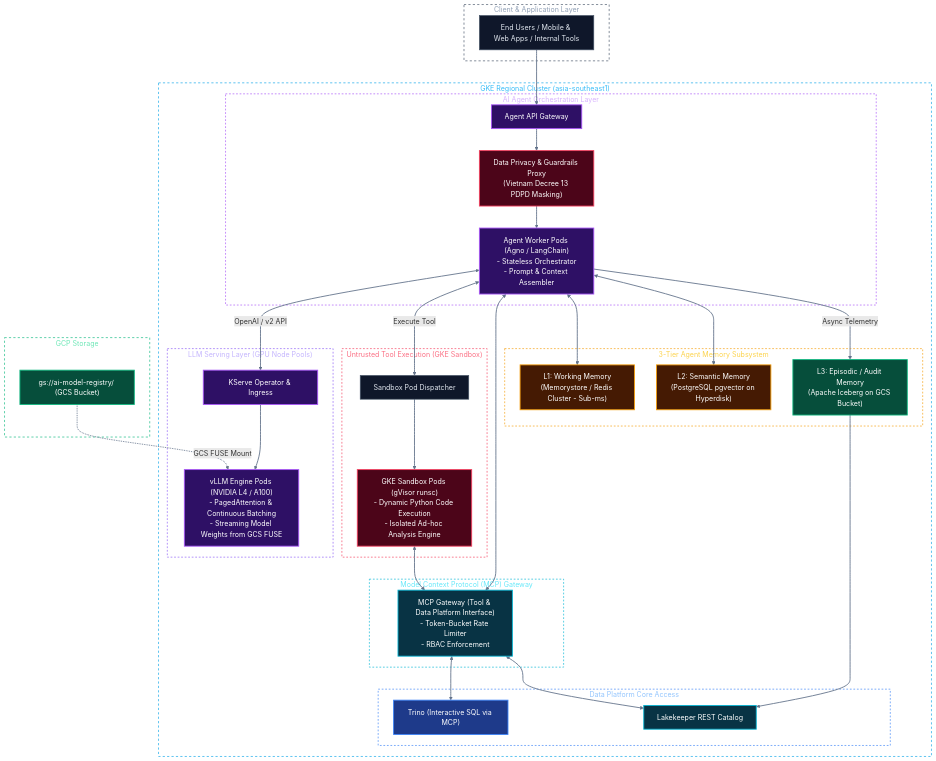
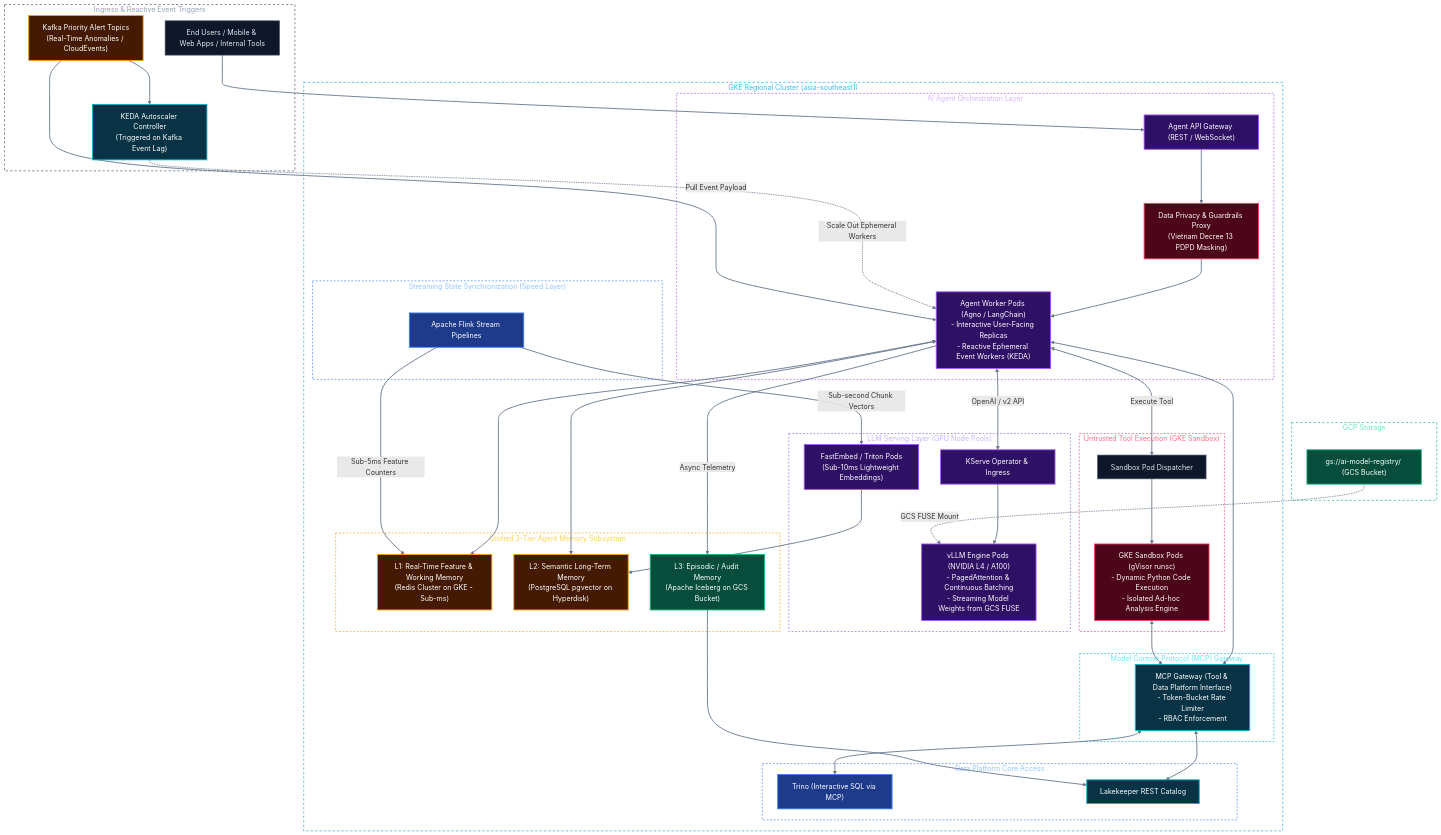
Before and after one commit to toanbui626391/data_platform_gcp: the first of 2 diagrams in docs/architectures/03_ai_agent_and_llm_runtime.md, drawn with Mermaid. The commit also changed other lines of this file and 6 other files, not shown here.

````diff
--- a/docs/architectures/03_ai_agent_and_llm_runtime.md
+++ b/docs/architectures/03_ai_agent_and_llm_runtime.md
@@ -10,21 +12,28 @@
 ```mermaid
 flowchart TB
-    subgraph ClientAndIngress["Client & Application Layer"]
+    subgraph IngressAndTriggers["Ingress & Reactive Event Triggers"]
         User["End Users / Mobile & Web Apps / Internal Tools"]:::gray
+        PriorityKafka["Kafka Priority Alert Topics\n(Real-Time Anomalies / CloudEvents)"]:::warning
+        KEDA["KEDA Autoscaler Controller\n(Triggered on Kafka Event Lag)"]:::cyan
+        
+        PriorityKafka --> KEDA
     end
 
     subgraph GKECluster["GKE Regional Cluster (asia-southeast1)"]
         subgraph AgentOrchestration["AI Agent Orchestration Layer"]
-            AgentGateway["Agent API Gateway"]:::purple
-            AgentWorkers["Agent Worker Pods (Agno / LangChain)\n- Stateless Orchestrator\n- Prompt & Context Assembler"]:::purple
+            AgentGateway["Agent API Gateway (REST / WebSocket)"]:::purple
+            AgentWorkers["Agent Worker Pods (Agno / LangChain)\n- Interactive User-Facing Replicas\n- Reactive Ephemeral Event Workers (KEDA)"]:::purple
             PrivacyProxy["Data Privacy & Guardrails Proxy\n(Vietnam Decree 13 PDPD Masking)"]:::danger
             
             User --> AgentGateway --> PrivacyProxy --> AgentWorkers
+            KEDA -.->|"Scale Out Ephemeral Workers"| AgentWorkers
+            PriorityKafka -->|"Pull Event Payload"| AgentWorkers
         end
 
         subgraph LLMServingGKE["LLM Serving Layer (GPU Node Pools)"]
             KServe["KServe Operator & Ingress"]:::purple
             vLLMPods["vLLM Engine Pods (NVIDIA L4 / A100)\n- PagedAttention & Continuous Batching\n- Streaming Model Weights from GCS FUSE"]:::purple
+            Embeddings["FastEmbed / Triton Pods\n(Sub-10ms Lightweight Embeddings)"]:::purple
             
             AgentWorkers <-->|"OpenAI / v2 API"| KServe --> vLLMPods
         end
@@ -43,14 +52,20 @@
             GKESandboxPods <--> MCP
         end
 
-        subgraph MemoryHierarchyGCP["3-Tier Agent Memory Subsystem"]
-            L1["L1: Working Memory\n(Memorystore / Redis Cluster - Sub-ms)"]:::warning
-            L2["L2: Semantic Memory\n(PostgreSQL pgvector on Hyperdisk)"]:::warning
+        subgraph MemoryHierarchyGCP["Unified 3-Tier Agent Memory Subsystem"]
+            L1["L1: Real-Time Feature & Working Memory\n(Redis Cluster on GKE - Sub-ms)"]:::warning
+            L2["L2: Semantic Long-Term Memory\n(PostgreSQL pgvector on Hyperdisk)"]:::warning
             L3["L3: Episodic / Audit Memory\n(Apache Iceberg on GCS Bucket)"]:::success
             
             AgentWorkers <--> L1
             AgentWorkers <--> L2
             AgentWorkers -->|"Async Telemetry"| L3
+        end
+
+        subgraph StreamSyncFabric["Streaming State Synchronization (Speed Layer)"]
+            Flink["Apache Flink Stream Pipelines"]:::primary
+            Flink -->|"Sub-5ms Feature Counters"| L1
+            Flink -->|"Sub-second Chunk Vectors"| Embeddings --> L2
         end
 
         subgraph LakehouseAccess["Data Platform Core Access"]
@@ -69,13 +84,14 @@
     end
 
     %% Subgraph Styling (Transparent & Dual-Mode Friendly)
-    style ClientAndIngress fill:none,stroke:#475569,stroke-width:1.5px,stroke-dasharray: 5 5,color:#94a3b8
+    style IngressAndTriggers fill:none,stroke:#475569,stroke-width:1.5px,stroke-dasharray: 5 5,color:#94a3b8
     style GKECluster fill:none,stroke:#0ea5e9,stroke-width:1.5px,stroke-dasharray: 5 5,color:#38bdf8
     style AgentOrchestration fill:none,stroke:#a855f7,stroke-width:1.5px,stroke-dasharray: 4 4,color:#d8b4fe
     style LLMServingGKE fill:none,stroke:#8b5cf6,stroke-width:1.5px,stroke-dasharray: 4 4,color:#c4b5fd
     style SandboxExecution fill:none,stroke:#f43f5e,stroke-width:1.5px,stroke-dasharray: 4 4,color:#fb7185
     style MCPGateway fill:none,stroke:#06b6d4,stroke-width:1.5px,stroke-dasharray: 4 4,color:#67e8f9
     style MemoryHierarchyGCP fill:none,stroke:#f59e0b,stroke-width:1.5px,stroke-dasharray: 4 4,color:#fcd34d
+    style StreamSyncFabric fill:none,stroke:#3b82f6,stroke-width:1.5px,stroke-dasharray: 4 4,color:#93c5fd
     style LakehouseAccess fill:none,stroke:#3b82f6,stroke-width:1.5px,stroke-dasharray: 4 4,color:#93c5fd
     style GCPStorageModels fill:none,stroke:#10b981,stroke-width:1.5px,stroke-dasharray: 5 5,color:#6ee7b7
 
````
